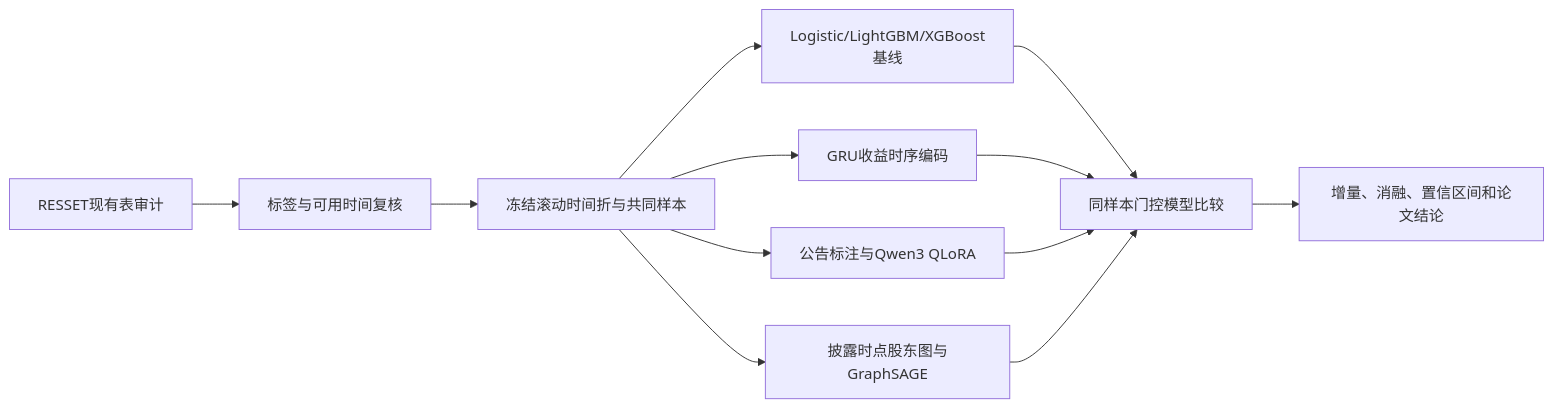
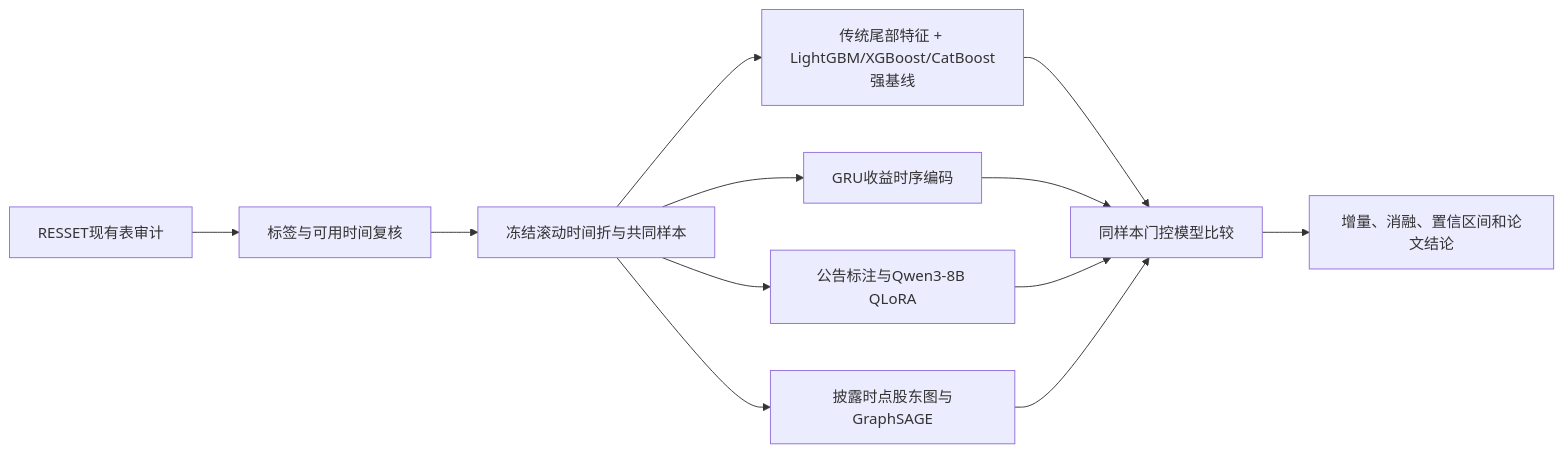
Before and after one commit to QiuKunYuan/llm-event-tail-risk-: the diagram in docs/开题报告/开题报告正文-确定方案.md, drawn with Mermaid. The commit also changed other lines of this file and 14 other files, not shown here.

````diff
--- a/docs/开题报告/开题报告正文-确定方案.md
+++ b/docs/开题报告/开题报告正文-确定方案.md
@@ -131,14 +133,14 @@
 ```mermaid
 flowchart LR
  A[RESSET现有表审计] --> B[标签与可用时间复核]
  B --> C[冻结滚动时间折与共同样本]
- C --> D[Logistic/LightGBM/XGBoost基线]
+ C --> D[传统尾部特征 + LightGBM/XGBoost/CatBoost强基线]
  C --> E[GRU收益时序编码]
- C --> F[公告标注与Qwen3 QLoRA]
+ C --> F[公告标注与Qwen3-8B QLoRA]
  C --> G[披露时点股东图与GraphSAGE]
  D --> H[同样本门控模型比较]
  E --> H
  F --> H
  G --> H
  H --> I[增量、消融、置信区间和论文结论]
 ```
````
